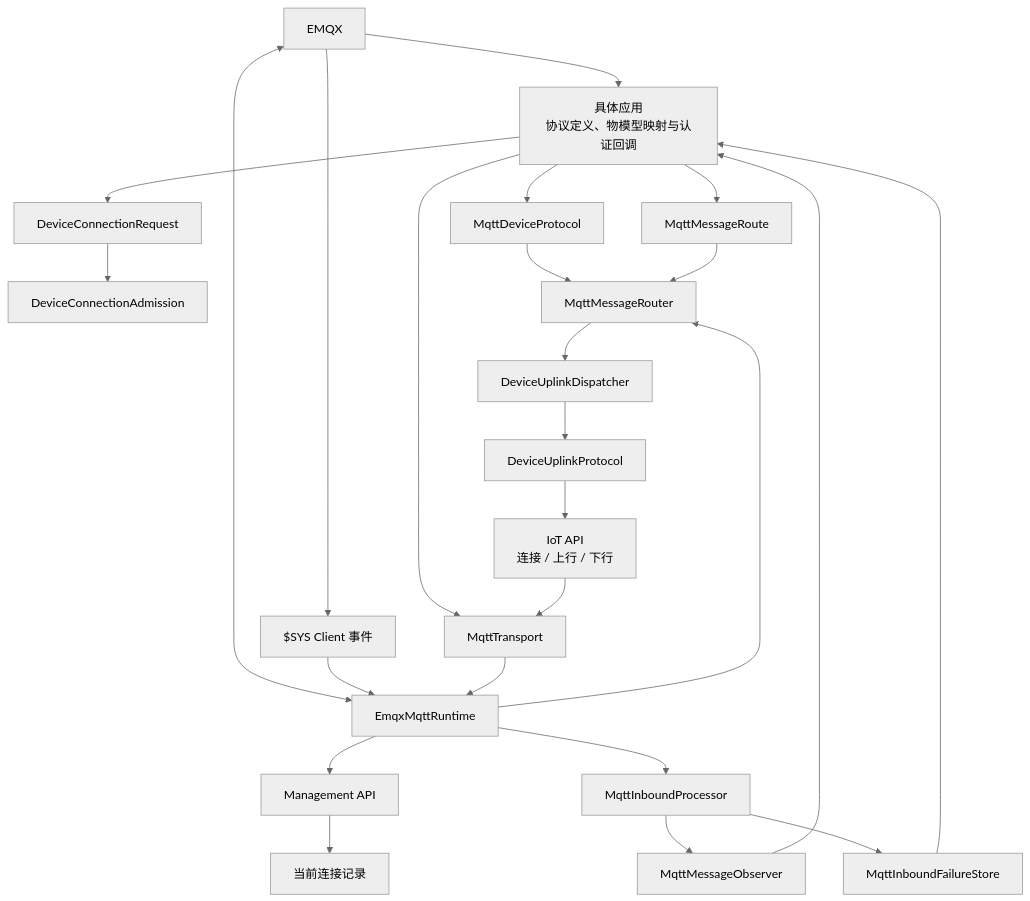
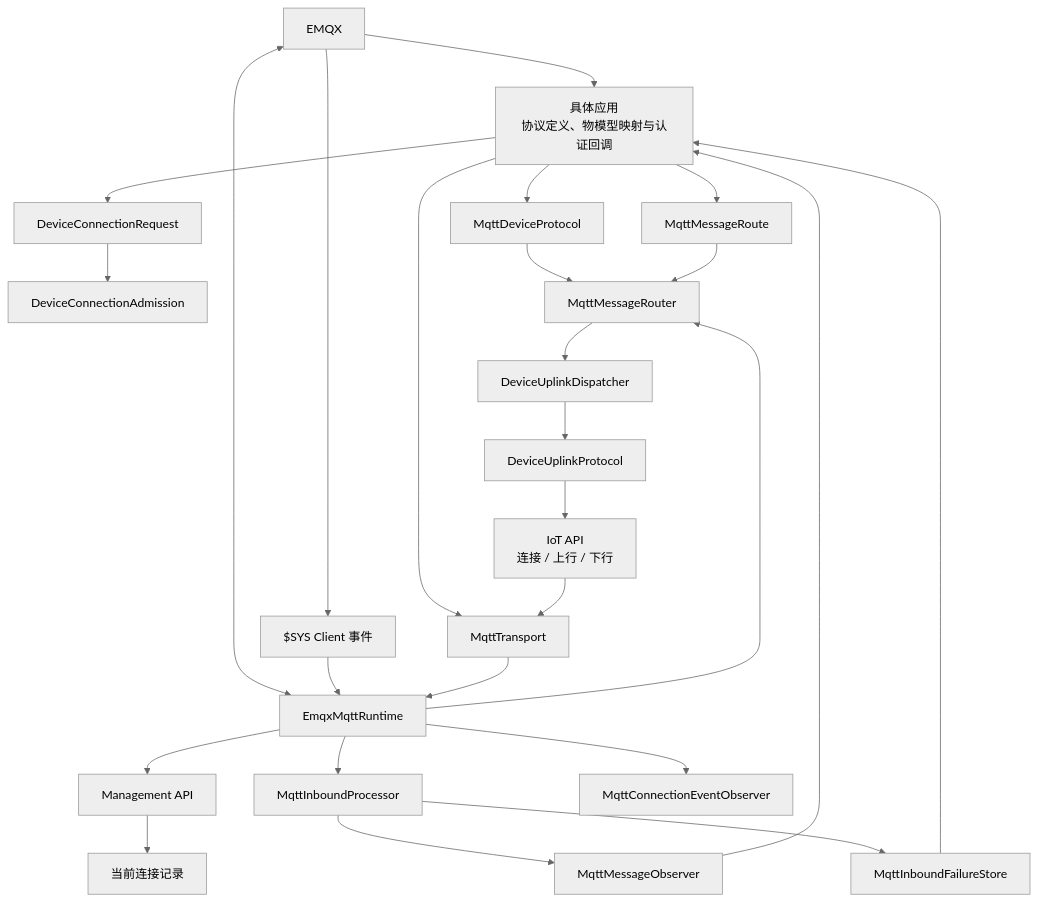
The diagram in docs/capabilities/iot/emqx.md (SH-XiaoXiu/sca4d-j), drawn with Mermaid (neutral theme) before and after one commit. The commit also changed other lines of this file and 16 other files, not shown here.

````diff
--- a/docs/capabilities/iot/emqx.md
+++ b/docs/capabilities/iot/emqx.md
@@ -21,37 +21,38 @@
 ```mermaid
 flowchart TB
     App[具体应用<br/>协议定义、物模型映射与认证回调]
     Request[DeviceConnectionRequest]
     Admission[DeviceConnectionAdmission]
     Standard[MqttDeviceProtocol]
     AppRoute[MqttMessageRoute]
     Runtime[EmqxMqttRuntime]
     Publisher[MqttTransport]
     Observer[MqttMessageObserver]
     Processor[MqttInboundProcessor]
     FailureStore[MqttInboundFailureStore]
     Lifecycle[$SYS Client 事件]
     Management[Management API]
     Connection[当前连接记录]
     Router[MqttMessageRouter]
     Dispatcher[DeviceUplinkDispatcher]
     Protocol[DeviceUplinkProtocol]
     API[IoT API<br/>连接 / 上行 / 下行]
     Broker[EMQX]
 
     App --> Standard
     App --> AppRoute
     App --> Publisher
     Broker --> App --> Request --> Admission
     Broker <--> Runtime
     Broker --> Lifecycle --> Runtime
+    Runtime --> ConnectionObserver[MqttConnectionEventObserver]
     Runtime --> Management --> Connection
     Runtime --> Processor
     Processor --> Observer --> App
     Processor --> FailureStore --> App
     Standard --> Router
     AppRoute --> Router
     Runtime --> Router
     Router --> Dispatcher --> Protocol --> API
     API --> Publisher --> Runtime
 ```
````
